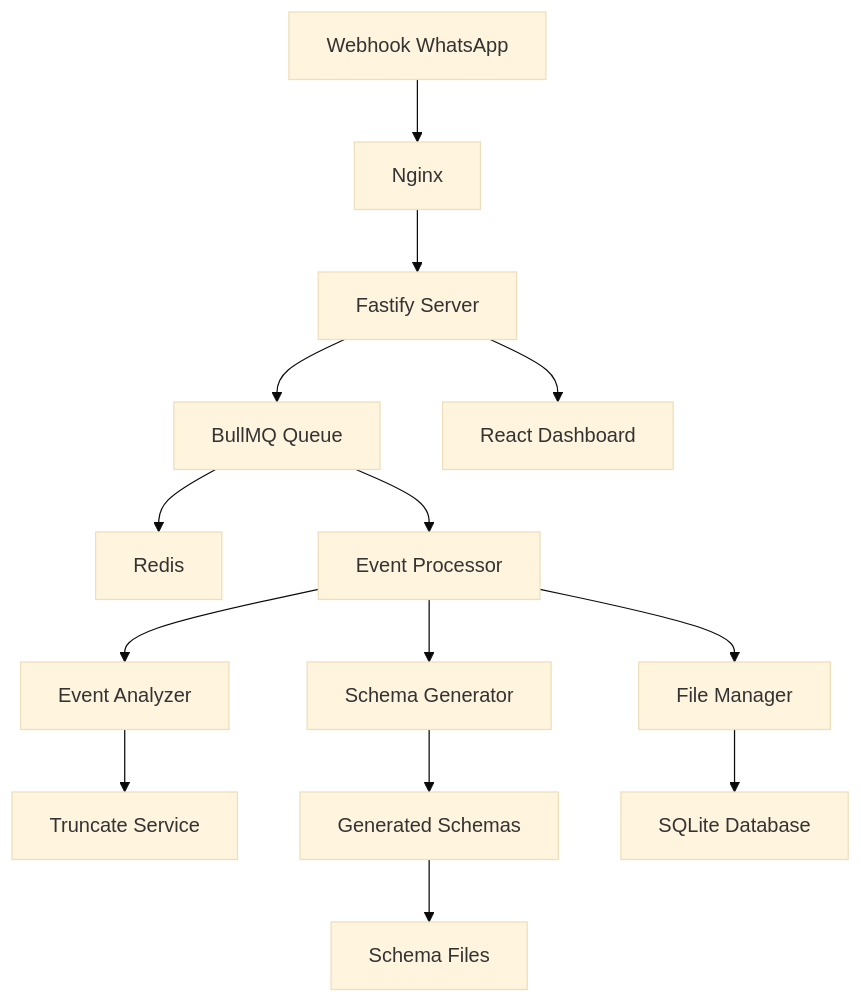
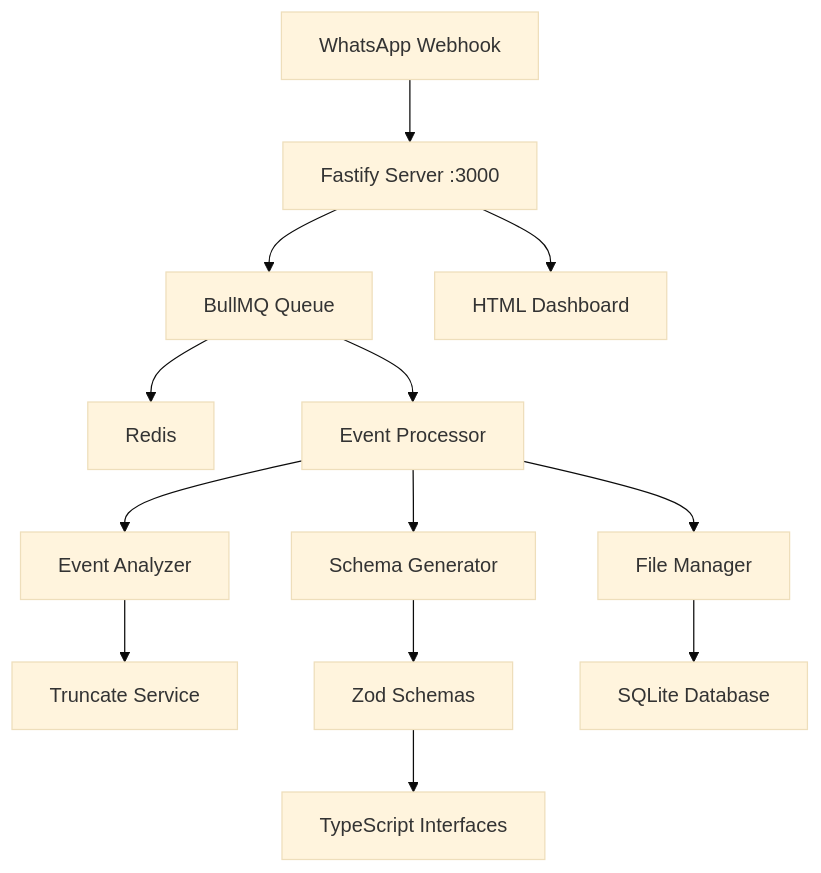
One commit to guilhermejansen/debug-schema-webhooks changed the diagram in README.md. Above: the diagram before and after it, drawn with Mermaid (base theme). The commit also changed other lines of this file and 2 other files, not shown here.

````diff
--- a/README.md
+++ b/README.md
@@ -40,16 +37,15 @@
 ```mermaid
 graph TB
-    A[Webhook WhatsApp] --> B[Nginx]
-    B --> C[Fastify Server]
-    C --> D[BullMQ Queue]
-    D --> E[Redis]
-    D --> F[Event Processor]
-    F --> G[Event Analyzer]
-    F --> H[Schema Generator]
-    F --> I[File Manager]
-    G --> J[Truncate Service]
-    H --> K[Generated Schemas]
-    I --> L[SQLite Database]
-    C --> M[React Dashboard]
-    K --> N[Schema Files]
+    A[WhatsApp Webhook] --> B[Fastify Server :3000]
+    B --> C[BullMQ Queue]
+    C --> D[Redis]
+    C --> E[Event Processor]
+    E --> F[Event Analyzer]
+    E --> G[Schema Generator] 
+    E --> H[File Manager]
+    F --> I[Truncate Service]
+    G --> J[Zod Schemas]
+    H --> K[SQLite Database]
+    B --> L[HTML Dashboard]
+    J --> M[TypeScript Interfaces]
 ```
````
